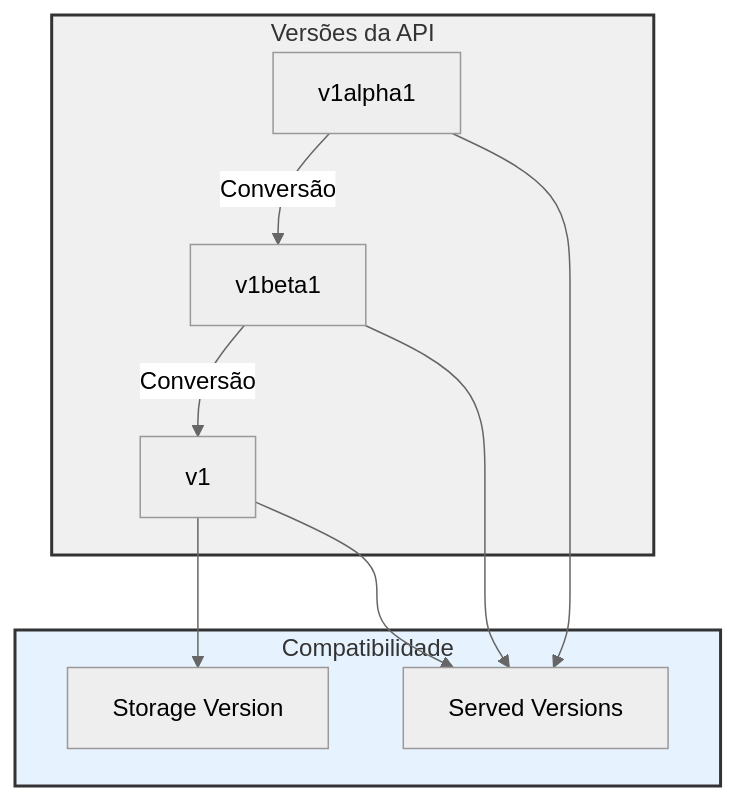
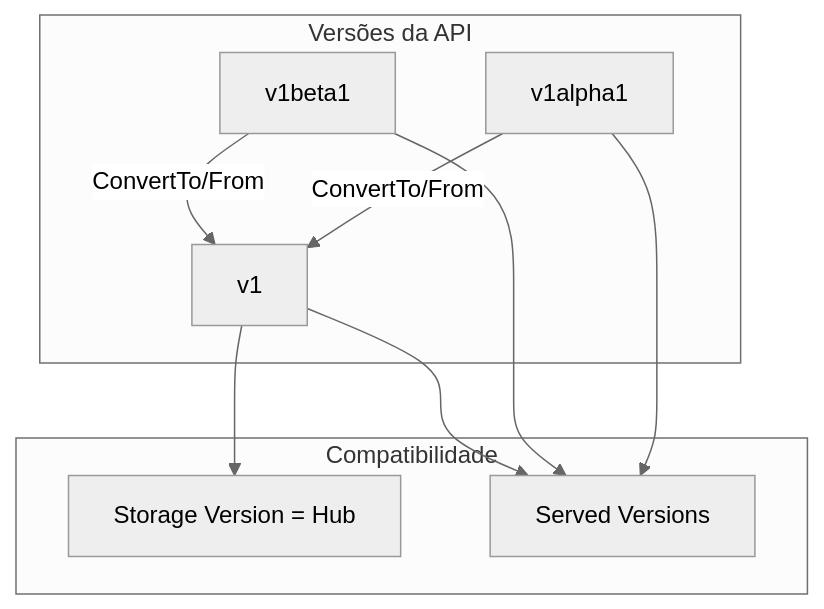
One commit to cloud104/tcloud-devops-k8s-operators-training changed the second of 7 diagrams in docs/extras/advanced-operator-topics.md. Above: the diagram before and after it, drawn with Mermaid (neutral theme). The commit also changed other lines of this file and 6 other files, not shown here.

First line of the commit message:
docs: revisa material teorico, corrige APIs e melhora diagramas

````diff
--- a/docs/extras/advanced-operator-topics.md
+++ b/docs/extras/advanced-operator-topics.md
@@ -48,22 +40,19 @@
 ```mermaid
 flowchart TD
     subgraph VER ["Versões da API"]
         V1A["v1alpha1"]
         V1B["v1beta1"]
         V1["v1"]
         
-        V1A -->|"Conversão"| V1B
-        V1B -->|"Conversão"| V1
+        V1A -->|"ConvertTo/From"| V1
+        V1B -->|"ConvertTo/From"| V1
     end
     
     subgraph COMP ["Compatibilidade"]
-        STORE["Storage Version"]
+        STORE["Storage Version = Hub"]
         SERVED["Served Versions"]
     end
     
     V1A & V1B & V1 --> SERVED
     V1 --> STORE
-    
-    style VER fill:#f0f0f0,stroke:#333,stroke-width:2px
-    style COMP fill:#e6f3ff,stroke:#333,stroke-width:2px
 ```
````
